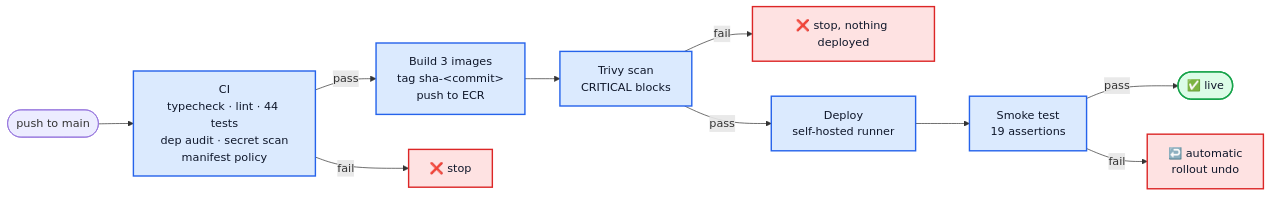
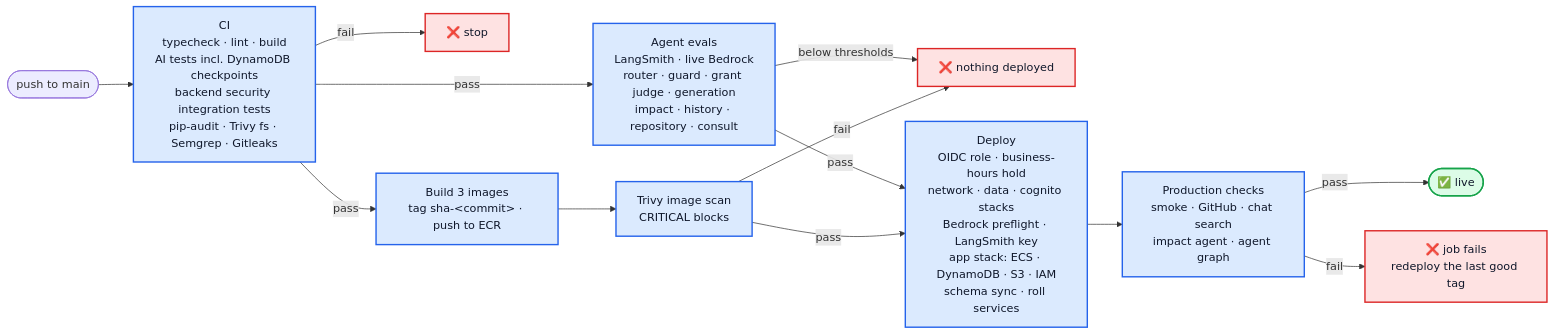
Before and after one commit to shankasf/small_migration: the fourth of 7 diagrams in README.md, drawn with Mermaid. The commit also changed other lines of this file and 87 other files, not shown here.

First line of the commit message:
Harden impact analysis from production feedback and refresh README diagrams

````diff
--- a/README.md
+++ b/README.md
@@ -370,19 +409,22 @@
 ```mermaid
 flowchart LR
-    P(["push to main"]) --> CI["CI<br/>typecheck · lint · 44 tests<br/>dep audit · secret scan<br/>manifest policy"]
-    CI -- pass --> B["Build 3 images<br/>tag sha-&lt;commit&gt;<br/>push to ECR"]
+    P(["push to main"]) --> CI["CI<br/>typecheck · lint · build<br/>AI tests incl. DynamoDB checkpoints<br/>backend security integration tests<br/>pip-audit · Trivy fs · Semgrep · Gitleaks"]
     CI -- fail --> X1["❌ stop"]
-    B --> SC["Trivy scan<br/>CRITICAL blocks"]
-    SC -- fail --> X2["❌ stop, nothing deployed"]
-    SC -- pass --> D["Deploy<br/>self-hosted runner"]
-    D --> SM["Smoke test<br/>19 assertions"]
-    SM -- pass --> OK(["✅ live"])
-    SM -- fail --> RB["↩️ automatic<br/>rollout undo"]
+    CI -- pass --> EV["Agent evals<br/>LangSmith · live Bedrock<br/>router · guard · grant judge · generation<br/>impact · history · repository · consult"]
+    CI -- pass --> B["Build 3 images<br/>tag sha-&lt;commit&gt; · push to ECR"]
+    EV -- "below thresholds" --> X2["❌ nothing deployed"]
+    B --> SC["Trivy image scan<br/>CRITICAL blocks"]
+    SC -- fail --> X2
+    EV -- pass --> D
+    SC -- pass --> D["Deploy<br/>OIDC role · business-hours hold<br/>network · data · cognito stacks<br/>Bedrock preflight · LangSmith key<br/>app stack: ECS · DynamoDB · S3 · IAM<br/>schema sync · roll services"]
+    D --> V["Production checks<br/>smoke · GitHub · chat search<br/>impact agent · agent graph"]
+    V -- pass --> OK(["✅ live"])
+    V -- fail --> RB["❌ job fails<br/>redeploy the last good tag"]
 
     classDef ok fill:#dcfce7,stroke:#16a34a,stroke-width:2px,color:#0f172a
     classDef bad fill:#fee2e2,stroke:#dc2626,stroke-width:2px,color:#0f172a
     classDef step fill:#dbeafe,stroke:#2563eb,stroke-width:2px,color:#0f172a
     class OK ok
     class X1,X2,RB bad
-    class CI,B,SC,D,SM step
+    class CI,EV,B,SC,D,V step
 ```
````
